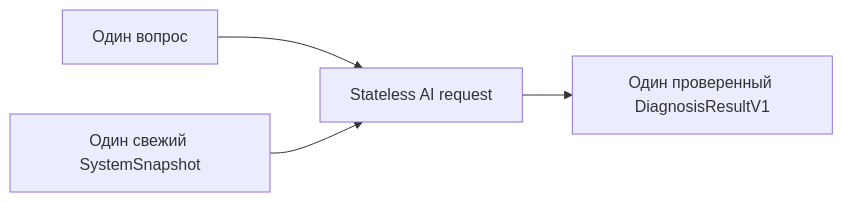
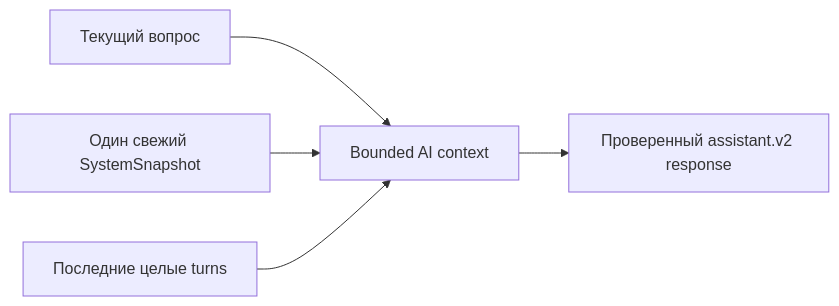
Before and after one commit to eugesmt/os-resource-monitor-ai: the second of 7 diagrams in README.md, drawn with Mermaid. The commit also changed other lines of this file and 34 other files, not shown here.

Commit message:
feat: implement bounded source-aware assistant pipeline

````diff
--- a/README.md
+++ b/README.md
@@ -94,6 +112,7 @@
 ```mermaid
 flowchart LR
-    Q["Один вопрос"] --> A["Stateless AI request"]
+    Q["Текущий вопрос"] --> A["Bounded AI context"]
     S["Один свежий SystemSnapshot"] --> A
-    A --> R["Один проверенный DiagnosisResultV1"]
+    H["Последние целые turns"] --> A
+    A --> R["Проверенный assistant.v2 response"]
 ```
````
